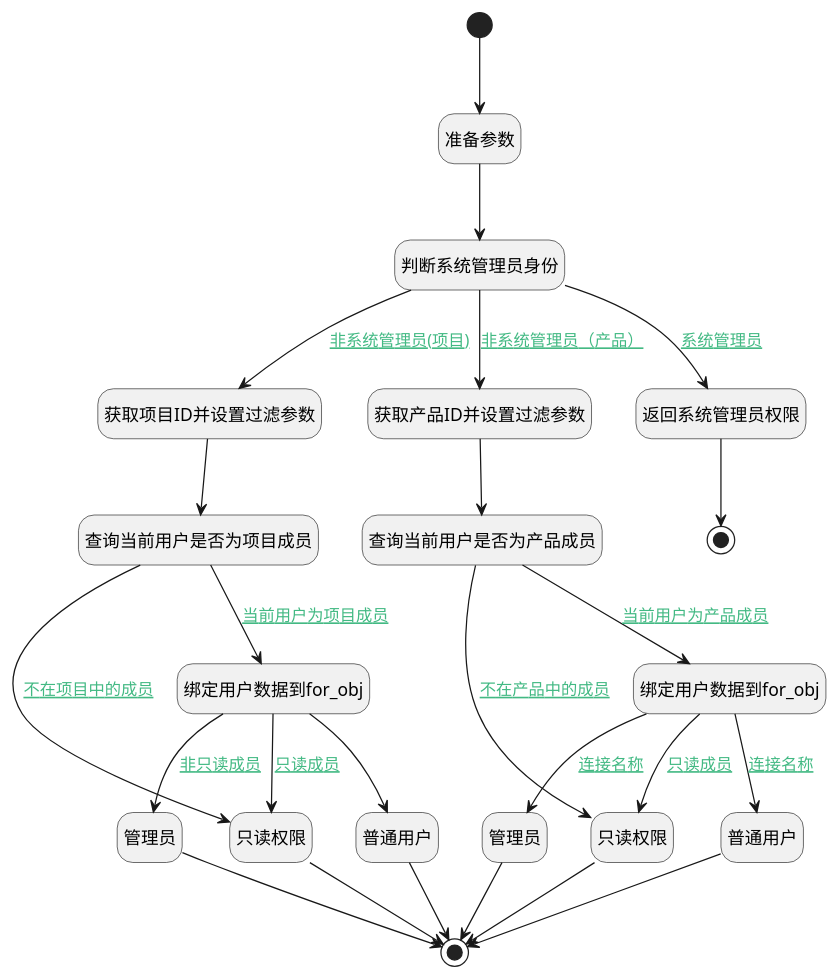
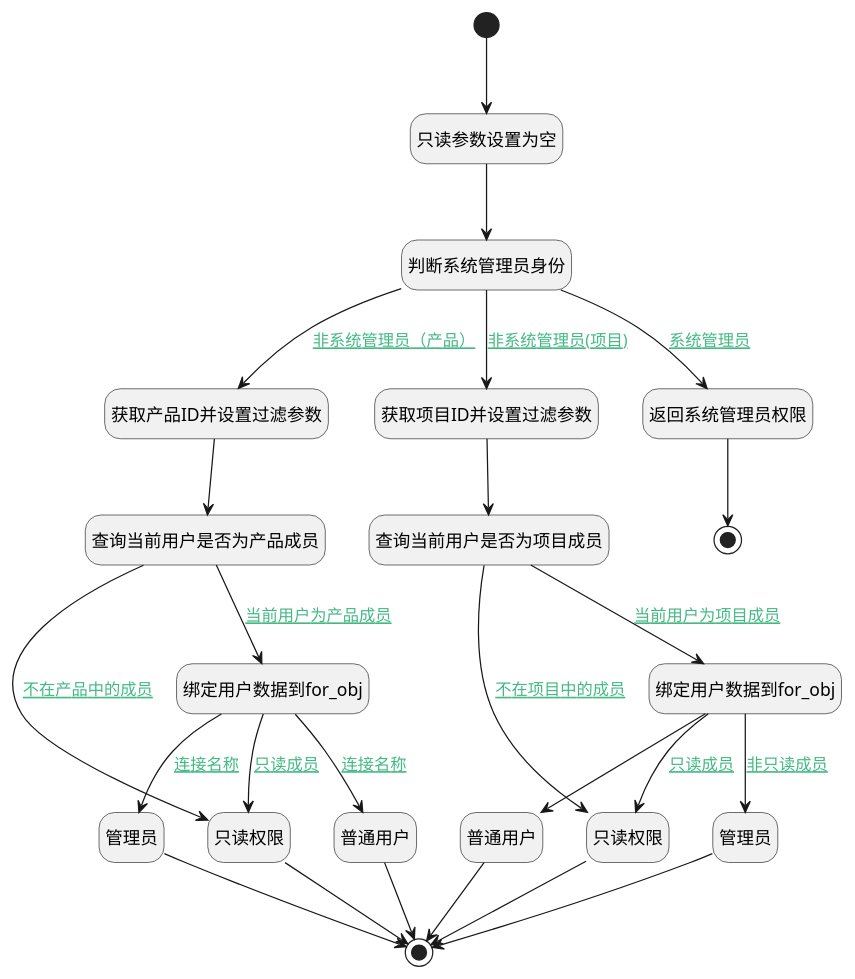
Before and after one commit to iBizLab/plm: the diagram in doc/docsify/module/Wiki/space/logic/recognize_cur_user_role.md, drawn with PlantUML. The commit also changed other lines of this file and 1778 other files, not shown here.

````diff
--- a/doc/docsify/module/Wiki/space/logic/recognize_cur_user_role.md
+++ b/doc/docsify/module/Wiki/space/logic/recognize_cur_user_role.md
@@ -7,58 +7,58 @@
 ```plantuml
 @startuml
 hide empty description
 <style>
 root {
   HyperlinkColor #42b983
 }
 </style>
 
 hide empty description
 state "开始" as Begin <<start>> [[$./recognize_cur_user_role#begin {"开始"}]]
+state "获取项目ID并设置过滤参数" as PREPAREPARAM2  [[$./recognize_cur_user_role#prepareparam2 {"获取项目ID并设置过滤参数"}]]
 state "获取产品ID并设置过滤参数" as PREPAREPARAM6  [[$./recognize_cur_user_role#prepareparam6 {"获取产品ID并设置过滤参数"}]]
 state "查询当前用户是否为产品成员" as DEDATASET2  [[$./recognize_cur_user_role#dedataset2 {"查询当前用户是否为产品成员"}]]
+state "返回系统管理员权限" as PREPAREPARAM3  [[$./recognize_cur_user_role#prepareparam3 {"返回系统管理员权限"}]]
 state "结束" as END2 <<end>> [[$./recognize_cur_user_role#end2 {"结束"}]]
-state "获取项目ID并设置过滤参数" as PREPAREPARAM2  [[$./recognize_cur_user_role#prepareparam2 {"获取项目ID并设置过滤参数"}]]
 state "查询当前用户是否为项目成员" as DEDATASET3  [[$./recognize_cur_user_role#dedataset3 {"查询当前用户是否为项目成员"}]]
-state "准备参数" as PREPAREPARAM4  [[$./recognize_cur_user_role#prepareparam4 {"准备参数"}]]
+state "只读参数设置为空" as PREPAREPARAM4  [[$./recognize_cur_user_role#prepareparam4 {"只读参数设置为空"}]]
 state "绑定用户数据到for_obj" as PREPAREPARAM5  [[$./recognize_cur_user_role#prepareparam5 {"绑定用户数据到for_obj"}]]
-state "只读权限" as RAWSFCODE1  [[$./recognize_cur_user_role#rawsfcode1 {"只读权限"}]]
-state "判断系统管理员身份" as RAWSFCODE3  [[$./recognize_cur_user_role#rawsfcode3 {"判断系统管理员身份"}]]
-state "只读权限" as RAWSFCODE4  [[$./recognize_cur_user_role#rawsfcode4 {"只读权限"}]]
-state "返回系统管理员权限" as PREPAREPARAM3  [[$./recognize_cur_user_role#prepareparam3 {"返回系统管理员权限"}]]
 state "普通用户" as RAWSFCODE6  [[$./recognize_cur_user_role#rawsfcode6 {"普通用户"}]]
 state "绑定用户数据到for_obj" as PREPAREPARAM7  [[$./recognize_cur_user_role#prepareparam7 {"绑定用户数据到for_obj"}]]
 state "管理员" as RAWSFCODE5  [[$./recognize_cur_user_role#rawsfcode5 {"管理员"}]]
+state "只读权限" as RAWSFCODE1  [[$./recognize_cur_user_role#rawsfcode1 {"只读权限"}]]
 state "管理员" as RAWSFCODE2  [[$./recognize_cur_user_role#rawsfcode2 {"管理员"}]]
 state "普通用户" as RAWSFCODE7  [[$./recognize_cur_user_role#rawsfcode7 {"普通用户"}]]
 state "结束" as END6 <<end>> [[$./recognize_cur_user_role#end6 {"结束"}]]
+state "判断系统管理员身份" as RAWSFCODE3  [[$./recognize_cur_user_role#rawsfcode3 {"判断系统管理员身份"}]]
+state "只读权限" as RAWSFCODE4  [[$./recognize_cur_user_role#rawsfcode4 {"只读权限"}]]
 
 
 Begin --> PREPAREPARAM4
 PREPAREPARAM4 --> RAWSFCODE3
 RAWSFCODE3 --> PREPAREPARAM2 : [[$./recognize_cur_user_role#rawsfcode3-prepareparam2{非系统管理员(项目)} 非系统管理员(项目)]]
 PREPAREPARAM2 --> DEDATASET3
 DEDATASET3 --> RAWSFCODE1 : [[$./recognize_cur_user_role#dedataset3-rawsfcode1{不在项目中的成员} 不在项目中的成员]]
 RAWSFCODE1 --> END6
 DEDATASET3 --> PREPAREPARAM5 : [[$./recognize_cur_user_role#dedataset3-prepareparam5{当前用户为项目成员} 当前用户为项目成员]]
 PREPAREPARAM5 --> RAWSFCODE2 : [[$./recognize_cur_user_role#prepareparam5-rawsfcode2{非只读成员} 非只读成员]]
 RAWSFCODE2 --> END6
 PREPAREPARAM5 --> RAWSFCODE1 : [[$./recognize_cur_user_role#prepareparam5-rawsfcode1{只读成员} 只读成员]]
 PREPAREPARAM5 --> RAWSFCODE7
 RAWSFCODE7 --> END6
 RAWSFCODE3 --> PREPAREPARAM3 : [[$./recognize_cur_user_role#rawsfcode3-prepareparam3{系统管理员} 系统管理员]]
 PREPAREPARAM3 --> END2
 RAWSFCODE3 --> PREPAREPARAM6 : [[$./recognize_cur_user_role#rawsfcode3-prepareparam6{非系统管理员（产品）} 非系统管理员（产品）]]
 PREPAREPARAM6 --> DEDATASET2
 DEDATASET2 --> PREPAREPARAM7 : [[$./recognize_cur_user_role#dedataset2-prepareparam7{当前用户为产品成员} 当前用户为产品成员]]
 PREPAREPARAM7 --> RAWSFCODE5 : [[$./recognize_cur_user_role#prepareparam7-rawsfcode5{连接名称} 连接名称]]
 RAWSFCODE5 --> END6
 PREPAREPARAM7 --> RAWSFCODE6 : [[$./recognize_cur_user_role#prepareparam7-rawsfcode6{连接名称} 连接名称]]
 RAWSFCODE6 --> END6
 PREPAREPARAM7 --> RAWSFCODE4 : [[$./recognize_cur_user_role#prepareparam7-rawsfcode4{只读成员} 只读成员]]
 RAWSFCODE4 --> END6
 DEDATASET2 --> RAWSFCODE4 : [[$./recognize_cur_user_role#dedataset2-rawsfcode4{不在产品中的成员} 不在产品中的成员]]
 
 
 @enduml
 ```
````
